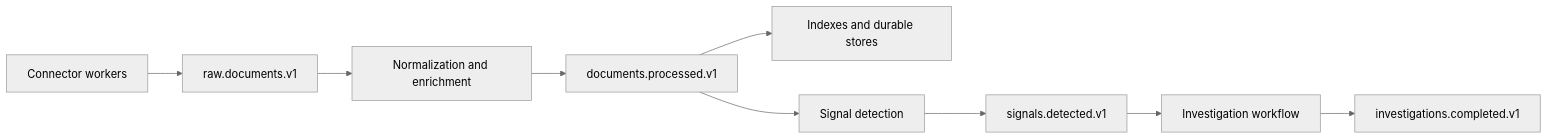
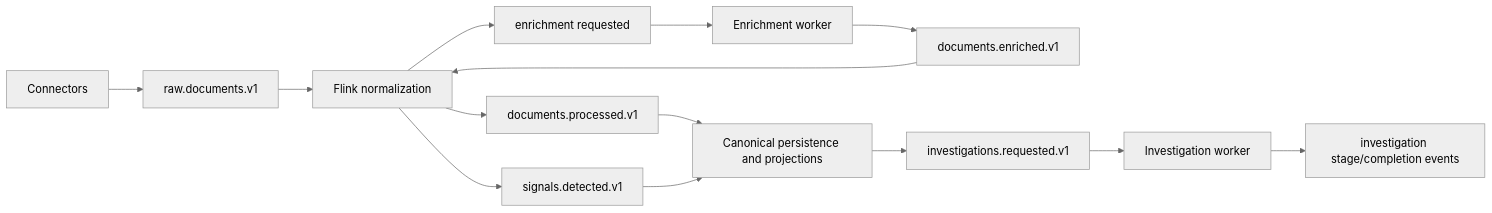
One commit to mnihad000/rhetoriq changed the third of 3 diagrams in docs/ARCHITECTURE.md. Above: the diagram before and after it, drawn with Mermaid (neutral theme). The commit also changed other lines of this file and 29 other files, not shown here.

````diff
--- a/docs/ARCHITECTURE.md
+++ b/docs/ARCHITECTURE.md
@@ -213,11 +151,16 @@
 ```mermaid
 flowchart LR
-    C[Connector workers] --> R[raw.documents.v1]
-    R --> P[Normalization and enrichment]
-    P --> D[documents.processed.v1]
-    D --> X[Indexes and durable stores]
-    D --> Q[Signal detection]
-    Q --> E[signals.detected.v1]
-    E --> I[Investigation workflow]
-    I --> O[investigations.completed.v1]
+    C[Connectors] --> R[raw.documents.v1]
+    R --> F[Flink normalization]
+    F --> E[enrichment requested]
+    E --> W[Enrichment worker]
+    W --> X[documents.enriched.v1]
+    X --> F
+    F --> D[documents.processed.v1]
+    F --> S[signals.detected.v1]
+    D --> P[Canonical persistence and projections]
+    S --> P
+    P --> I[investigations.requested.v1]
+    I --> L[Investigation worker]
+    L --> O[investigation stage/completion events]
 ```
````
